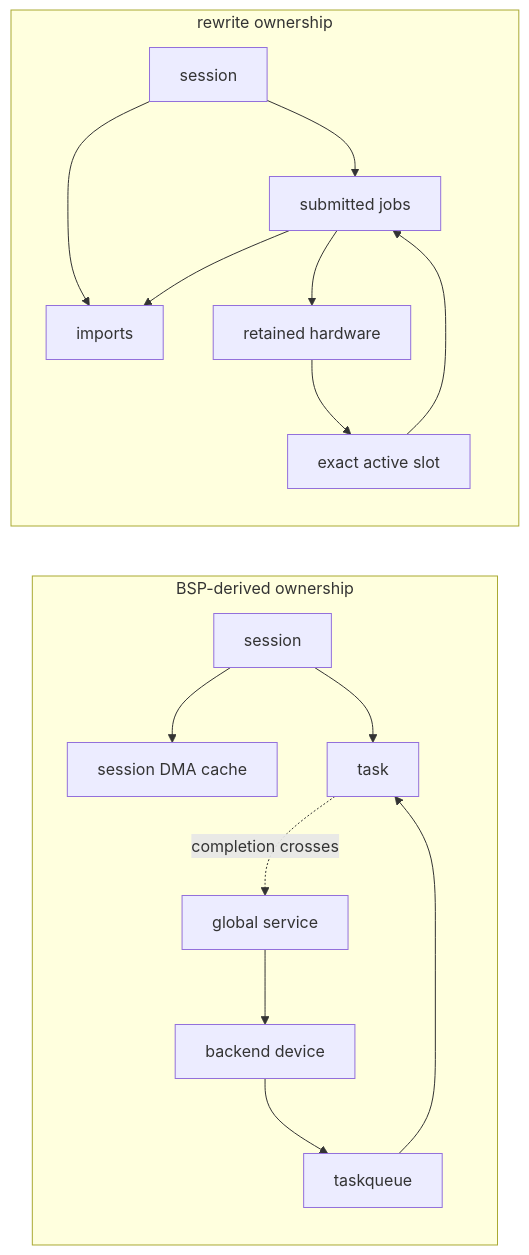
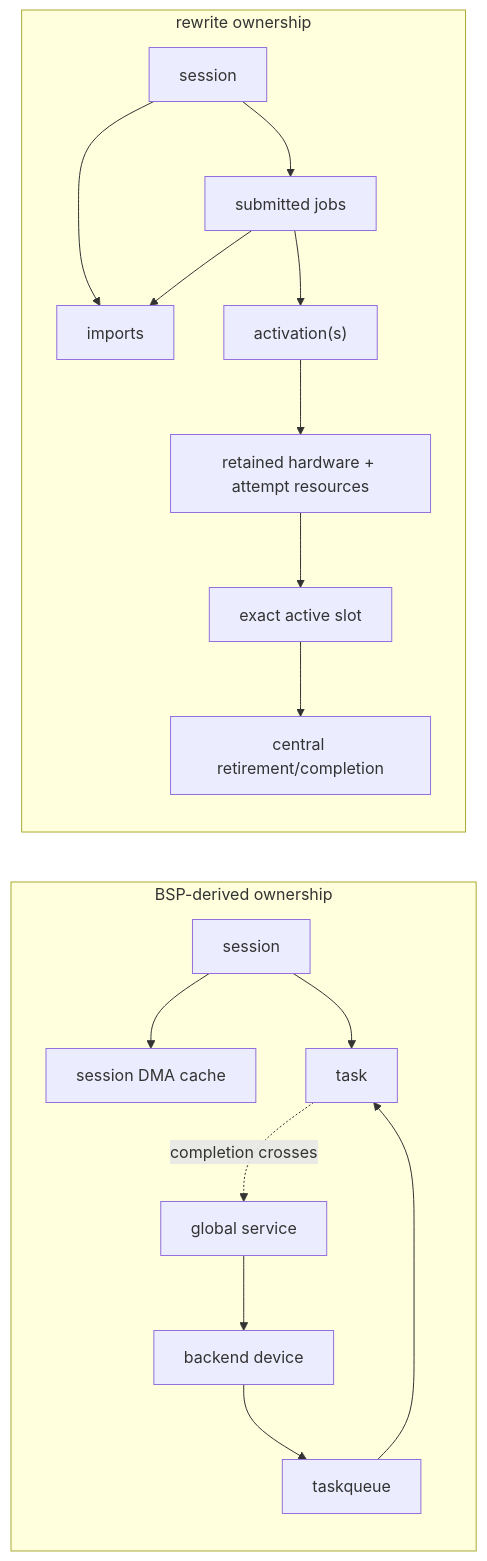
Before and after one commit to yisding/rock-5b-ysp: the fourth of 13 diagrams in kernel-drivers/docs/driver-architecture-comparison.md, drawn with Mermaid. The commit also changed other lines of this file and 13 other files, not shown here.

````diff
--- a/kernel-drivers/docs/driver-architecture-comparison.md
+++ b/kernel-drivers/docs/driver-architecture-comparison.md
@@ -183,20 +190,21 @@
 ```mermaid
 flowchart LR
   subgraph BSP["BSP-derived ownership"]
     bs["session"] --> bd["session DMA cache"]
     bs --> bt["task"]
     bsvc["global service"] --> bdev["backend device"]
     bq["taskqueue"] --> bt
     bdev --> bq
     bt -. completion crosses .-> bsvc
   end
 
   subgraph RW["rewrite ownership"]
     rs["session"] --> ri["imports"]
     rs --> rj["submitted jobs"]
     rj --> ri
-    rj --> rh["retained hardware"]
-    rh --> ra["exact active slot"]
-    ra --> rj
+    rj --> ract["activation(s)"]
+    ract --> rh["retained hardware + attempt resources"]
+    rh --> rslot["exact active slot"]
+    rslot --> rc["central retirement/completion"]
   end
 ```
````
